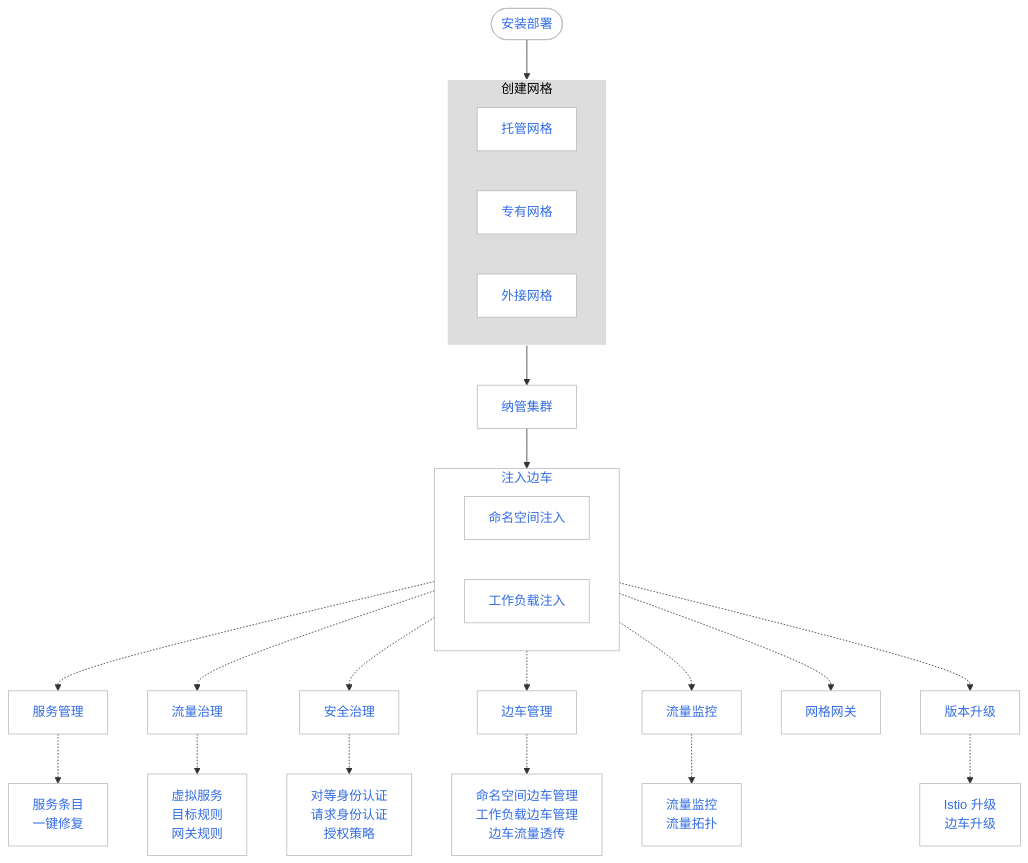
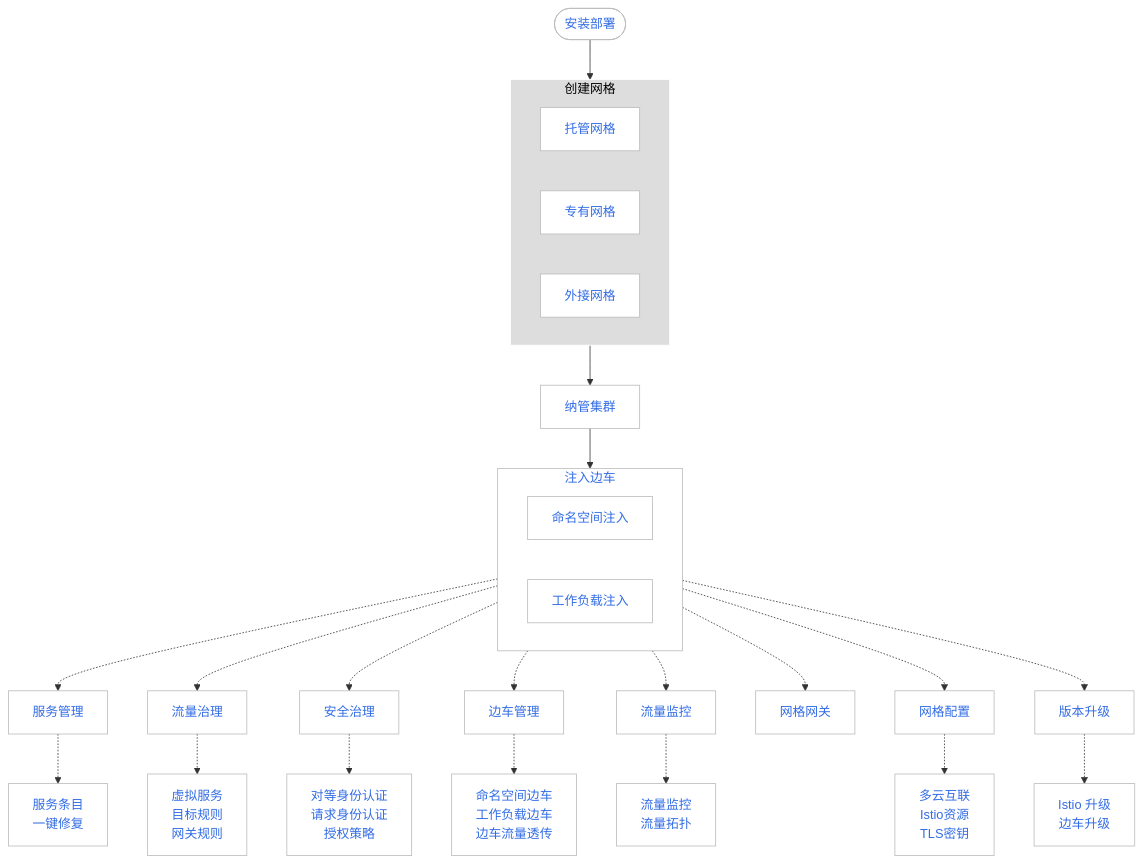
Before and after one commit to DaoCloud/DaoCloud-docs: the diagram in docs/zh/docs/mspider/intro/index.md, drawn with Mermaid. The commit also changed 1 other file, not shown here.

Commit message:
Update mspider index

````diff
--- a/docs/zh/docs/mspider/intro/index.md
+++ b/docs/zh/docs/mspider/intro/index.md
@@ -64,66 +64,69 @@
 ```mermaid
 flowchart TD
 
     install([安装部署])
     install --> mesh[创建网格]
         subgraph mesh[创建网格]
             managed[托管网格]
             private[专有网格]
             external[外接网格]
             
         end
 
     mesh --> cluster[纳管集群]
 
     cluster --> inject[注入边车]
 
         subgraph inject[注入边车]
             namespace[命名空间注入]
             workload[工作负载注入]
         end
 
     
     inject -.-> service[服务管理]
     inject -.-> traffic[流量治理]
     inject -.-> security[安全治理]
     inject -.-> sidecar[边车管理]
     inject -.-> watch[流量监控]
     inject -.-> gateway[网格网关]
+    inject -.-> config[网格配置]
     inject -.-> upgrade[版本升级]
     
 
     service -.-> entry[服务条目<br>一键修复]
     traffic -.-> virtual[虚拟服务<br>目标规则<br>网关规则]
     security -.-> peer[对等身份认证<br>请求身份认证<br>授权策略]
-    sidecar -.-> sidecarm[命名空间边车管理<br>工作负载边车管理<br>边车流量透传]
+    sidecar -.-> sidecarm[命名空间边车<br>工作负载边车<br>边车流量透传]
     watch -.-> watch2[流量监控<br>流量拓扑]
+    config -.-> intercon[多云互联<br>Istio资源<br>TLS密钥]
     upgrade -.-> upgrade1[Istio 升级<br>边车升级]
 
     classDef plain fill:#ddd,stroke:#fff,stroke-width:1px,color:#000;
     classDef k8s fill:#326ce5,stroke:#fff,stroke-width:1px,color:#fff;
     classDef cluster fill:#fff,stroke:#bbb,stroke-width:1px,color:#326ce5;
 
     class mesh plain
-    class install,service,gateway,traffic,watch,upgrade,security,entry,virtual,peer,cluster,sidecar,sidecarm,watch2,managed,private,external,namespace,workload,upgrade1 cluster
+    class install,service,gateway,traffic,watch,upgrade,security,entry,virtual,peer,cluster,sidecar,sidecarm,watch2,managed,private,external,namespace,workload,upgrade1,config,intercon cluster
 
     click install "https://docs.daocloud.io/mspider/install/install/"
     click managed "https://docs.daocloud.io/mspider/user-guide/service-mesh/"
     click private "https://docs.daocloud.io/mspider/user-guide/service-mesh/"
     click external "https://docs.daocloud.io/mspider/user-guide/service-mesh/external-mesh/"
     click cluster "https://docs.daocloud.io/mspider/user-guide/cluster-management/join-clus/"
     click global "https://docs.daocloud.io/mspider/user-guide/sidecar-management/global-sidecar/"
     click namespace "https://docs.daocloud.io/mspider/user-guide/sidecar-management/ns-sidecar/"
     click workload "https://docs.daocloud.io/mspider/user-guide/sidecar-management/workload-sidecar/"
     click gateway "https://docs.daocloud.io/mspider/user-guide/gateway-instance/create/"
     click service "https://docs.daocloud.io/mspider/user-guide/service-list/"
     click traffic "https://docs.daocloud.io/mspider/user-guide/traffic-governance/"
     click security "https://docs.daocloud.io/mspider/user-guide/security/"
     click watch "https://docs.daocloud.io/mspider/user-guide/traffic-monitor/"
     click upgrade "https://docs.daocloud.io/mspider/user-guide/upgrade/istio-update/"
     click entry "https://docs.daocloud.io/mspider/user-guide/service-list/service-entry/"
     click virtual "https://docs.daocloud.io/mspider/user-guide/traffic-governance/virtual-service/"
     click peer "https://docs.daocloud.io/mspider/user-guide/security/peer/"
     click sidecar "https://docs.daocloud.io/mspider/user-guide/sidecar-management/ns-sidecar/"
     click sidecarm "https://docs.daocloud.io/mspider/user-guide/sidecar-management/passthrough/"
     click watch2 "https://docs.daocloud.io/mspider/user-guide/traffic-monitor/conn-topo/"
+    click intercon "https://docs.daocloud.io/mspider/user-guide/multicluster/cluster-interconnect/"
 ```
````
